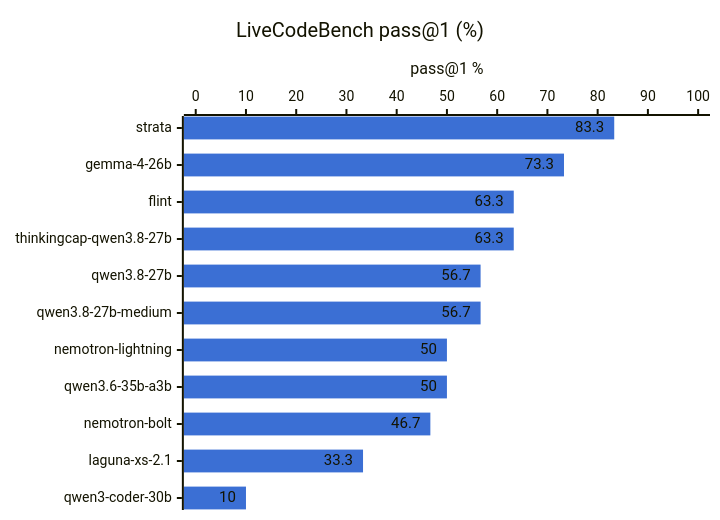
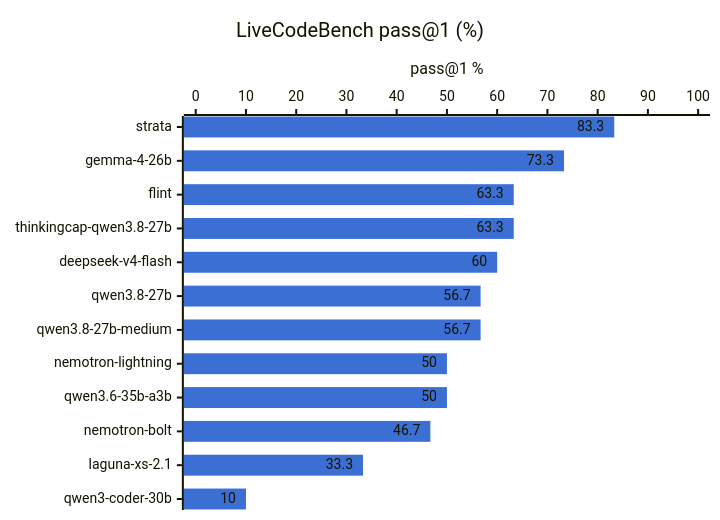
Before and after one commit to hofftodd/ai-bench: the second of 3 diagrams in RESULTS.md, drawn with Mermaid. The commit also changed other lines of this file and 4 other files, not shown here.

````diff
--- a/RESULTS.md
+++ b/RESULTS.md
@@ -20,8 +20,8 @@
 ```mermaid
 %%{init: {"xyChart": {"showDataLabel": true}, "themeVariables": {"xyChart": {"plotColorPalette": "#3b6fd4"}}}}%%
 xychart-beta horizontal
     title "LiveCodeBench pass@1 (%)"
-    x-axis ["strata", "gemma-4-26b", "flint", "thinkingcap-qwen3.8-27b", "qwen3.8-27b", "qwen3.8-27b-medium", "nemotron-lightning", "qwen3.6-35b-a3b", "nemotron-bolt", "laguna-xs-2.1", "qwen3-coder-30b"]
+    x-axis ["strata", "gemma-4-26b", "flint", "thinkingcap-qwen3.8-27b", "deepseek-v4-flash", "qwen3.8-27b", "qwen3.8-27b-medium", "nemotron-lightning", "qwen3.6-35b-a3b", "nemotron-bolt", "laguna-xs-2.1", "qwen3-coder-30b"]
     y-axis "pass@1 %" 0 --> 100
-    bar [83.3, 73.3, 63.3, 63.3, 56.7, 56.7, 50.0, 50.0, 46.7, 33.3, 10.0]
+    bar [83.3, 73.3, 63.3, 63.3, 60.0, 56.7, 56.7, 50.0, 50.0, 46.7, 33.3, 10.0]
 ```
````
